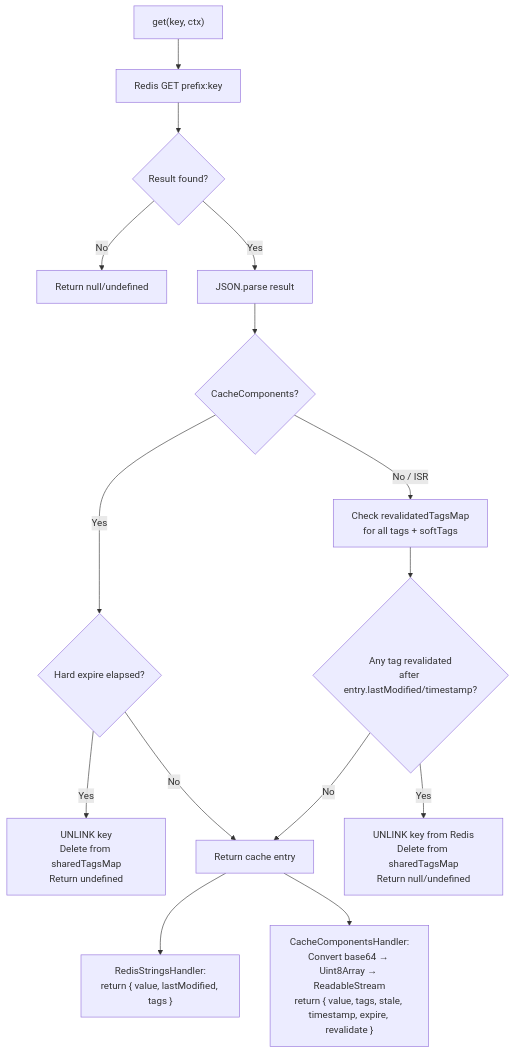
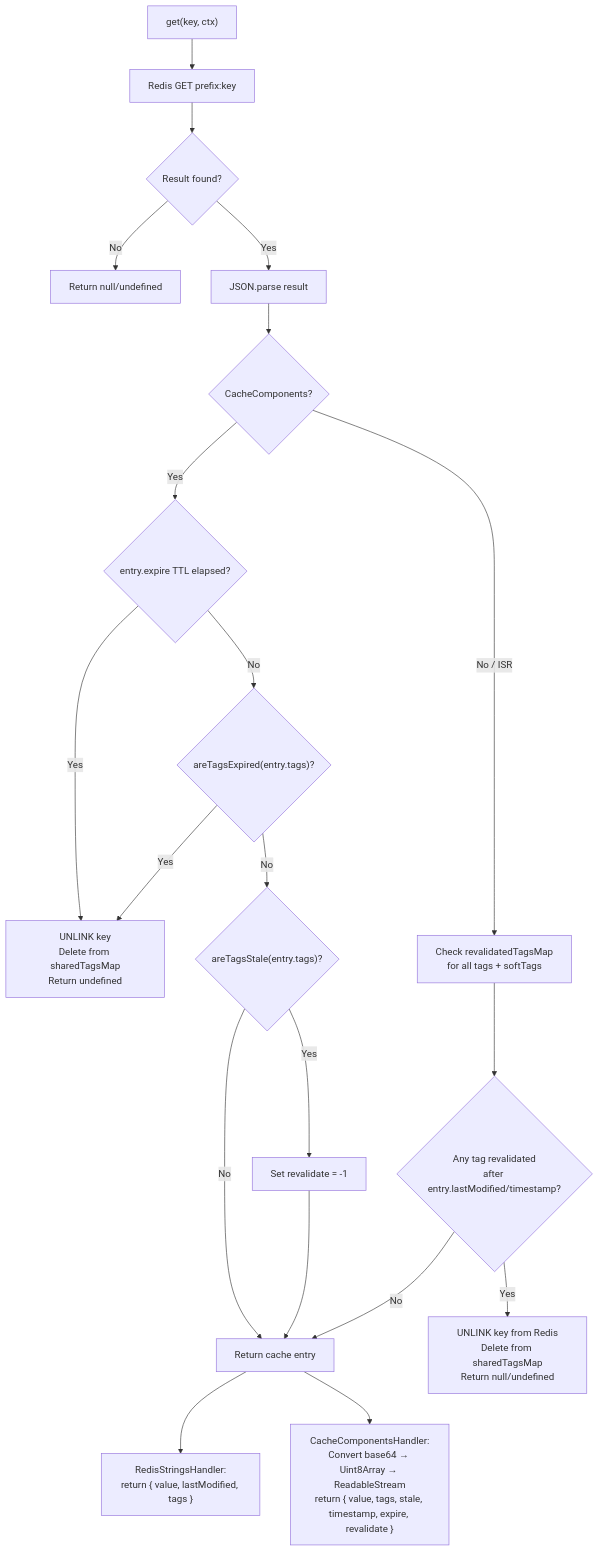
One commit to trieb-work/nextjs-turbo-redis-cache changed the sixth of 9 diagrams in ARCHITECTURE.md. Above: the diagram before and after it, drawn with Mermaid. The commit also changed other lines of this file and 13 other files, not shown here.

First line of the commit message:
fix: match Next.js tag expire SWR windows in Cache Components

````diff
--- a/ARCHITECTURE.md
+++ b/ARCHITECTURE.md
@@ -224,20 +224,25 @@
 ```mermaid
 flowchart TD
     A["get(key, ctx)"] --> B["Redis GET prefix:key"]
     B --> C{Result found?}
     C -->|No| RN["Return null/undefined"]
     C -->|Yes| D["JSON.parse result"]
 
     D --> CC{CacheComponents?}
-    CC -->|Yes| EXP{"Hard expire elapsed?"}
+    CC -->|Yes| EXP{"entry.expire TTL elapsed?"}
     EXP -->|Yes| DEL1["UNLINK key\nDelete from sharedTagsMap\nReturn undefined"]
-    EXP -->|No| H["Return cache entry"]
+    EXP -->|No| TAGX{"areTagsExpired(entry.tags)?"}
+    TAGX -->|Yes| DEL1
+    TAGX -->|No| TAGS{"areTagsStale(entry.tags)?"}
+    TAGS -->|Yes| SETR["Set revalidate = -1"]
+    TAGS -->|No| H["Return cache entry"]
+    SETR --> H
 
     CC -->|No / ISR| E["Check revalidatedTagsMap\nfor all tags + softTags"]
     E --> F{Any tag revalidated\nafter entry.lastModified/timestamp?}
     F -->|Yes| G["UNLINK key from Redis\nDelete from sharedTagsMap\nReturn null/undefined"]
     F -->|No| H
 
     H --> H2["RedisStringsHandler:\nreturn { value, lastModified, tags }"]
     H --> H3["CacheComponentsHandler:\nConvert base64 → Uint8Array → ReadableStream\nreturn { value, tags, stale, timestamp, expire, revalidate }"]
 ```
````
